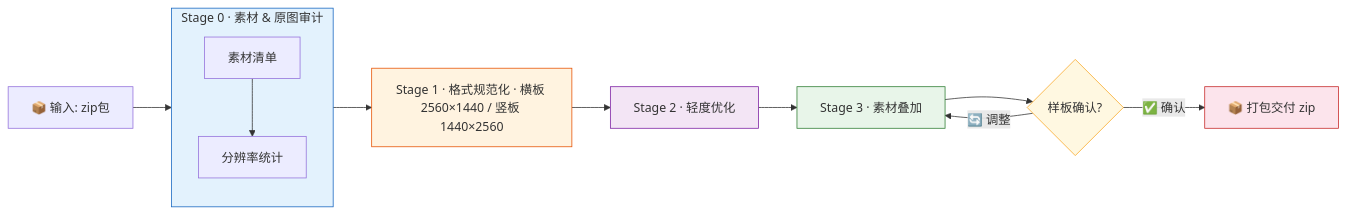
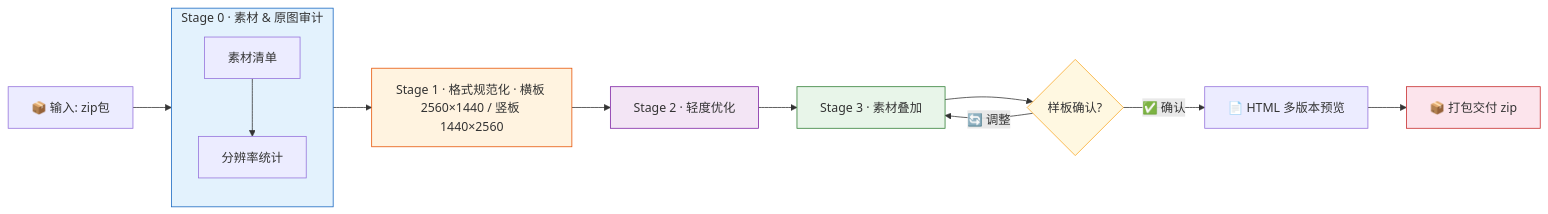
The diagram in README.md (Alix2395/mingyuan-venue-image-creator), drawn with Mermaid before and after one commit. The commit also changed other lines of this file, not shown here.

Commit message:
docs: README v0.3.3 — HTML 多版本预览、工作流更新

````diff
--- a/README.md
+++ b/README.md
@@ -13,22 +13,23 @@
 ```mermaid
 flowchart LR
     A["📦 输入: zip包"] --> B0
     
     subgraph B0[Stage 0 · 素材 & 原图审计]
         B1["素材清单"] --> B2["分辨率统计"]
     end
     
     B0 --> C["Stage 1 · 格式规范化 · 横板 2560×1440 / 竖板 1440×2560"]
     C --> D[Stage 2 · 轻度优化]
     D --> E[Stage 3 · 素材叠加]
     E --> G{样板确认?}
-    G -->|✅ 确认| F["📦 打包交付 zip"]
+    G -->|✅ 确认| H["📄 HTML 多版本预览"]
+    H --> F["📦 打包交付 zip"]
     G -->|🔄 调整| E
     
     style B0 fill:#e3f2fd,stroke:#1565c0
     style C fill:#fff3e0,stroke:#e65100
     style D fill:#f3e5f5,stroke:#7b1fa2
     style E fill:#e8f5e9,stroke:#2e7d32
     style F fill:#fce4ec,stroke:#c62828
     style G fill:#fff8e1,stroke:#f9a825
 ```
````
